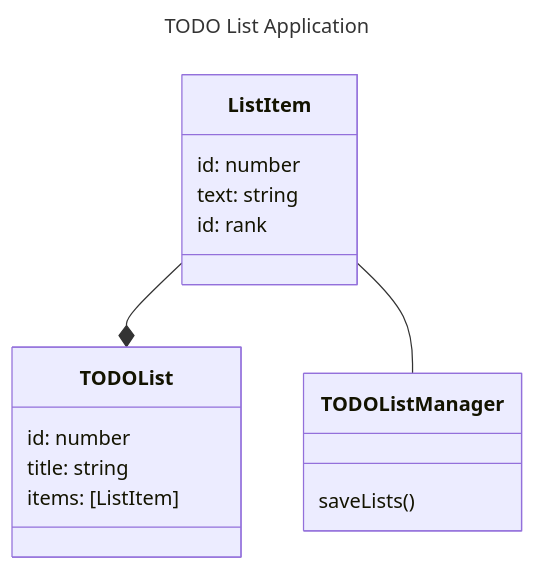
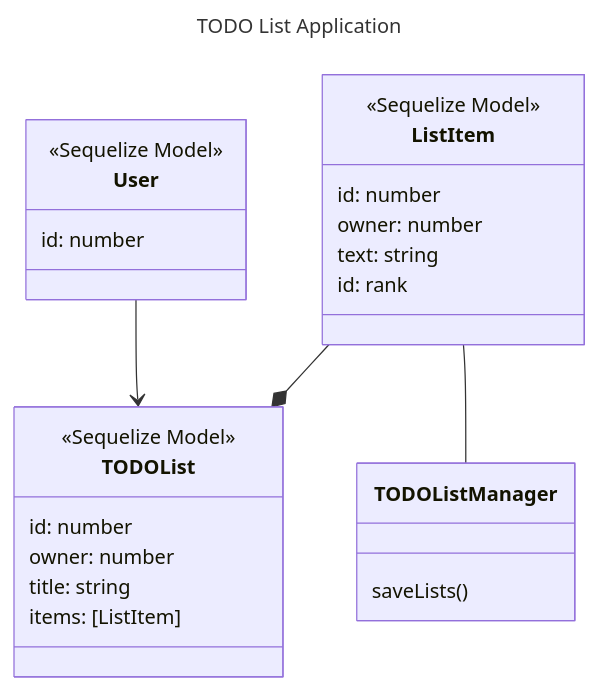
The diagram in solid-todo/README.md (larc63/solid-guide), drawn with Mermaid before and after one commit. The commit also changed other lines of this file and 6 other files, not shown here.

````diff
--- a/solid-todo/README.md
+++ b/solid-todo/README.md
@@ -11,25 +11,36 @@
 ```mermaid
 ---
 title: TODO List Application
 ---
 classDiagram
   class ListItem {
-      id: number
-      text: string
-      id: rank
+    <<Sequelize Model>>
+    id: number
+    owner: number
+    text: string
+    id: rank
   }
 
   class TODOList {
+    <<Sequelize Model>>
     id: number
+    owner: number
     title: string
     items: [ListItem]
+
   }
 
   class TODOListManager {
     saveLists()
   }
 
+  class User {
+    <<Sequelize Model>>
+    id: number
+  }
+    
 ListItem--*TODOList
 ListItem--TODOListManager
+User-->TODOList
 
 ```
````
